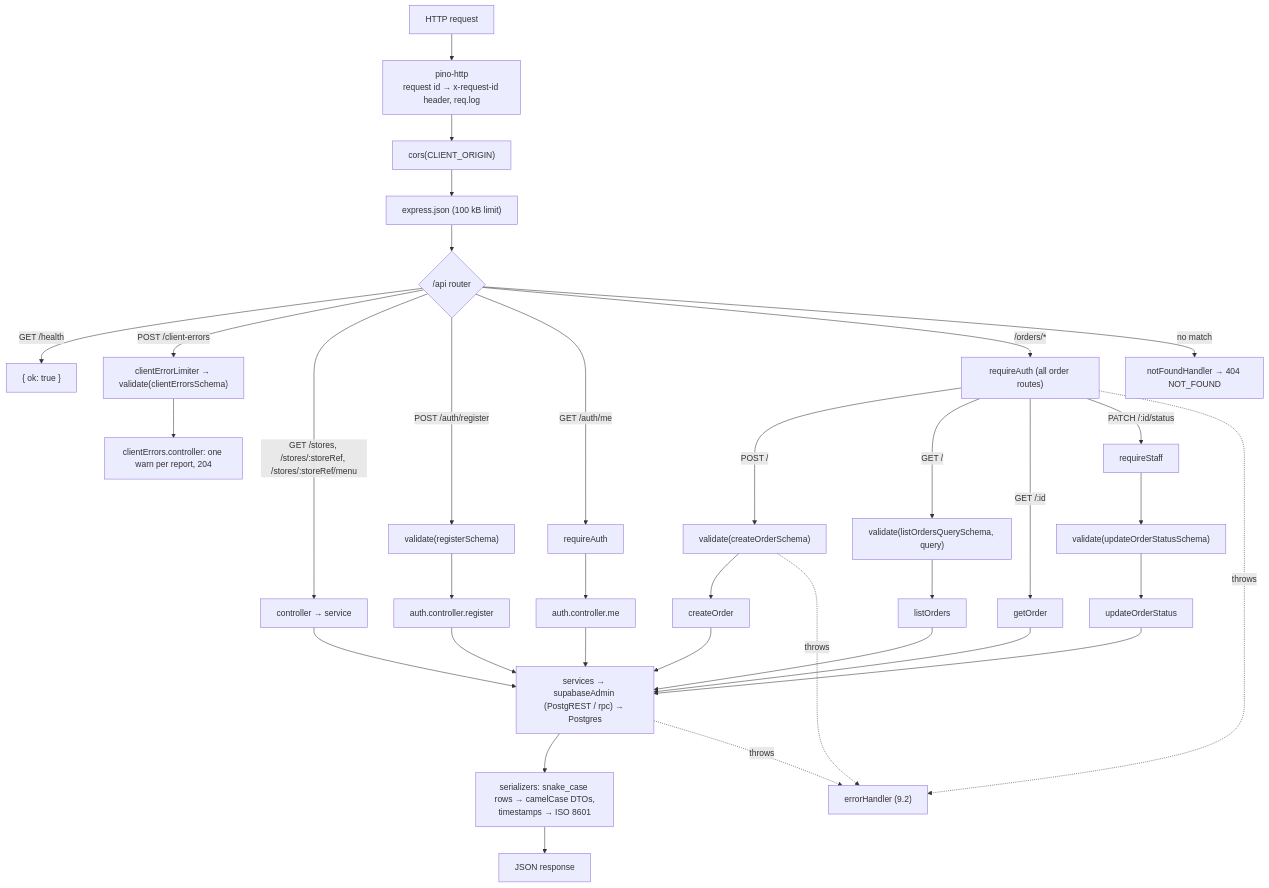
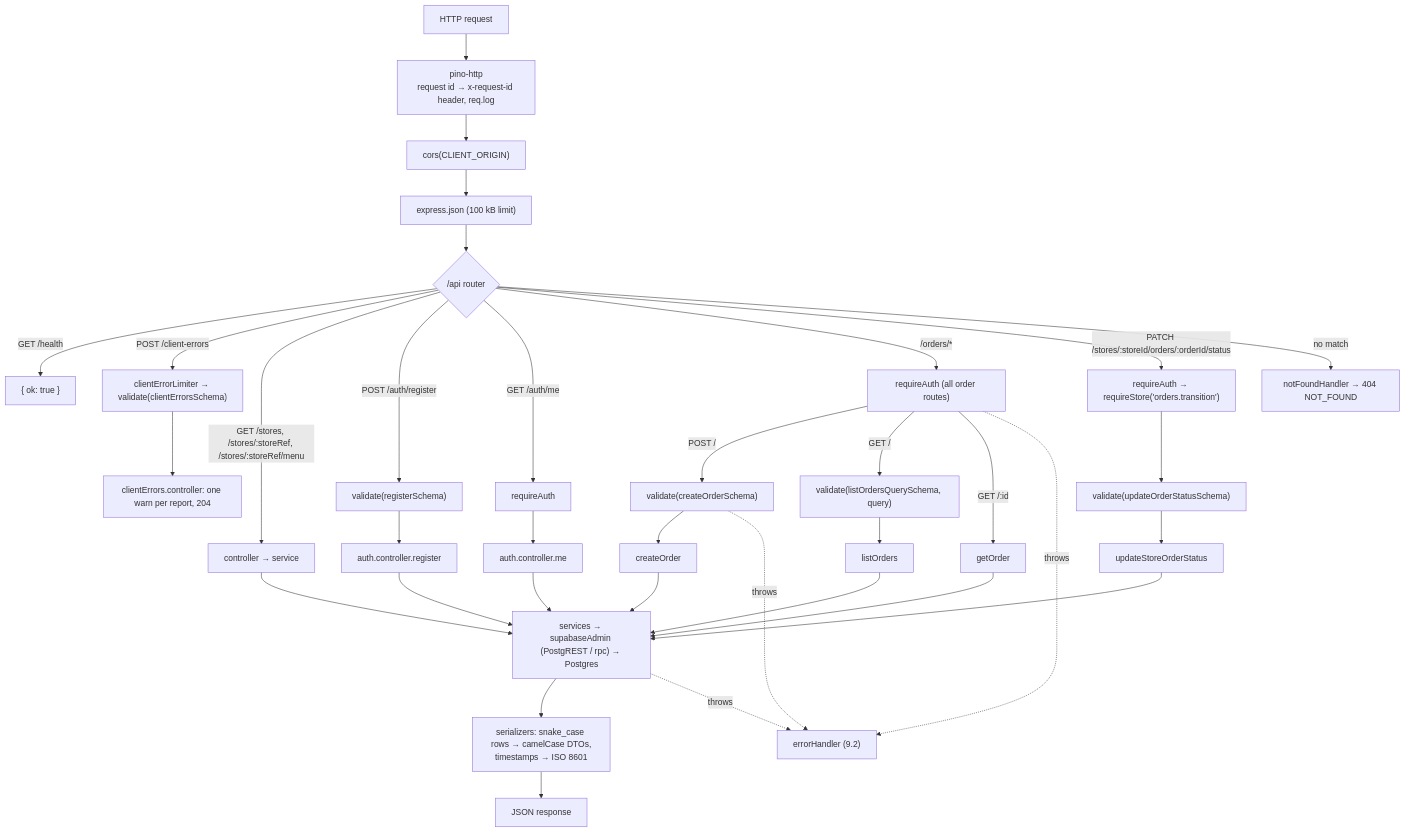
Before and after one commit to The-KhaNha/KhaNha: diagram 27 of 29 in docs/ARCHITECTURE.md, drawn with Mermaid. The commit also changed other lines of this file and 2 other files, not shown here.

Commit message:
Docs: staff endpoints and guards on the store routes; cart add signature

````diff
--- a/docs/ARCHITECTURE.md
+++ b/docs/ARCHITECTURE.md
@@ -935,30 +935,30 @@
 ```mermaid
 flowchart TD
   Req["HTTP request"] --> Pino["pino-http<br/>request id → x-request-id header, req.log"]
   Pino --> Cors["cors(CLIENT_ORIGIN)"]
   Cors --> Json["express.json (100 kB limit)"]
   Json --> Router{"/api router"}
   Router -->|"GET /health"| Health["{ ok: true }"]
   Router -->|"POST /client-errors"| ValCE["clientErrorLimiter → validate(clientErrorsSchema)"] --> CECtl["clientErrors.controller: one warn per report, 204"]
   Router -->|"GET /stores, /stores/:storeRef, /stores/:storeRef/menu"| Public["controller → service"]
   Router -->|"POST /auth/register"| ValReg["validate(registerSchema)"] --> RegCtl["auth.controller.register"]
   Router -->|"GET /auth/me"| AuthMe["requireAuth"] --> MeCtl["auth.controller.me"]
   Router -->|"/orders/*"| AuthO["requireAuth (all order routes)"]
   AuthO -->|"POST /"| ValC["validate(createOrderSchema)"] --> CCtl["createOrder"]
   AuthO -->|"GET /"| ValQ["validate(listOrdersQuerySchema, query)"] --> LCtl["listOrders"]
   AuthO -->|"GET /:id"| GCtl["getOrder"]
-  AuthO -->|"PATCH /:id/status"| Staff["requireStaff"] --> ValS["validate(updateOrderStatusSchema)"] --> UCtl["updateOrderStatus"]
+  Router -->|"PATCH /stores/:storeId/orders/:orderId/status"| Staff["requireAuth → requireStore('orders.transition')"] --> ValS["validate(updateOrderStatusSchema)"] --> UCtl["updateStoreOrderStatus"]
   Public --> Svc["services → supabaseAdmin (PostgREST / rpc) → Postgres"]
   RegCtl --> Svc
   MeCtl --> Svc
   CCtl --> Svc
   LCtl --> Svc
   GCtl --> Svc
   UCtl --> Svc
   Svc --> Ser["serializers: snake_case rows → camelCase DTOs,<br/>timestamps → ISO 8601"]
   Ser --> Res["JSON response"]
   Router -->|"no match"| NF["notFoundHandler → 404 NOT_FOUND"]
   Svc -. "throws" .-> EH["errorHandler (9.2)"]
   AuthO -. "throws" .-> EH
   ValC -. "throws" .-> EH
 ```
````
